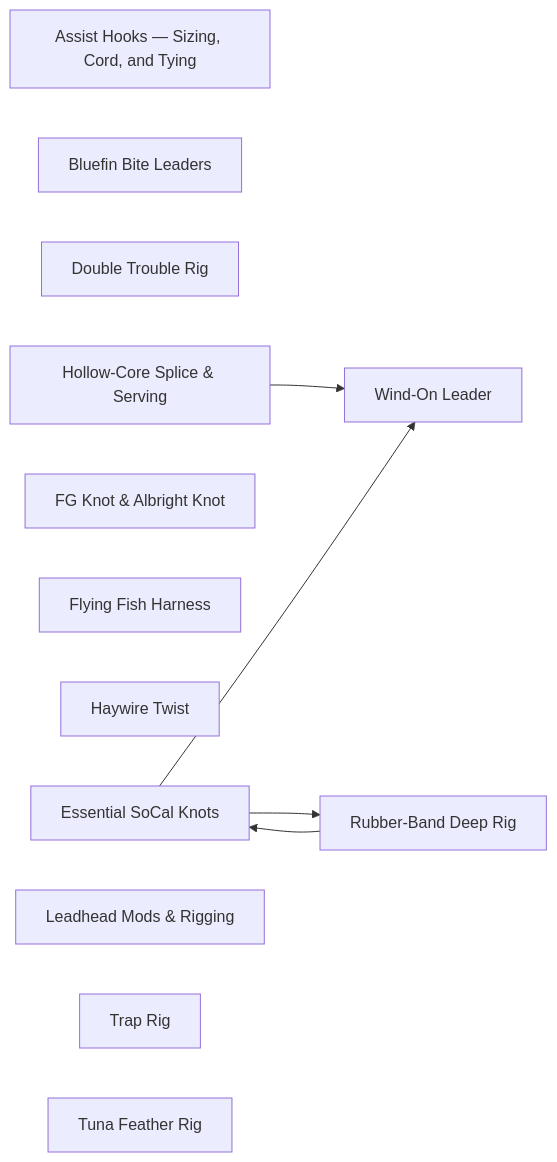
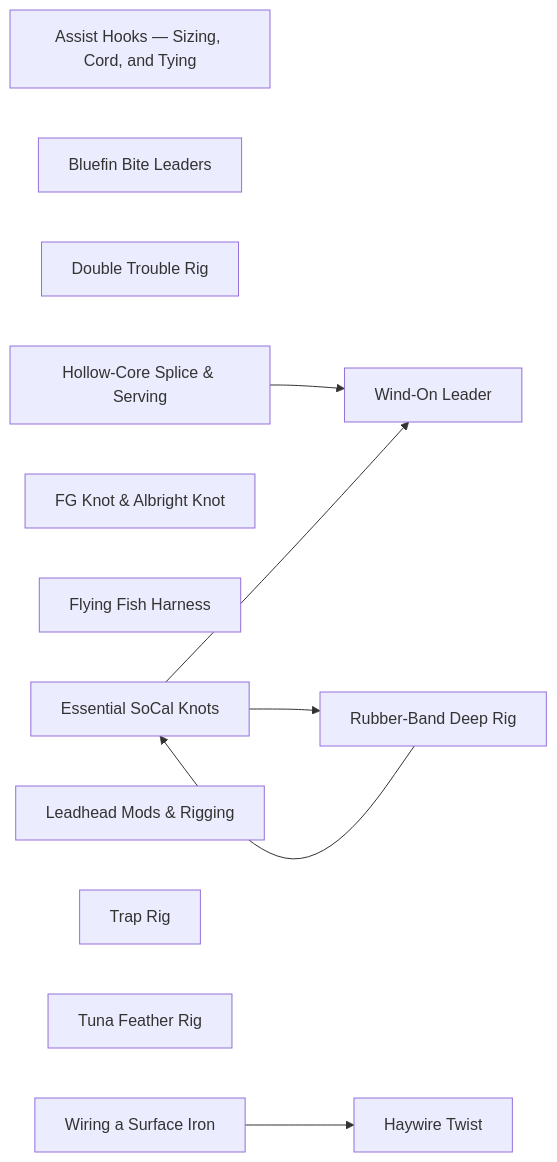
One commit to camchuckpete-max/Socal-Fishing-Knowledge changed the diagram in rigging/README.md. Above: the diagram before and after it, drawn with Mermaid. The commit also changed other lines of this file and 30 other files, not shown here.

First line of the commit message:
Phase 3 part 2: Strictly Irons read in full — 6 new notes, surface-iron split

````diff
--- a/rigging/README.md
+++ b/rigging/README.md
@@ -26,20 +27,22 @@
 ```mermaid
 graph LR
   n0["Assist Hooks — Sizing, Cord, and Tying"]
   n1["Bluefin Bite Leaders"]
   n2["Double Trouble Rig"]
   n3["Essential SoCal Knots"]
   n4["FG Knot & Albright Knot"]
   n5["Flying Fish Harness"]
   n6["Haywire Twist"]
   n7["Hollow-Core Splice & Serving"]
   n8["Leadhead Mods & Rigging"]
   n9["Rubber-Band Deep Rig"]
   n10["Trap Rig"]
   n11["Tuna Feather Rig"]
   n12["Wind-On Leader"]
+  n13["Wiring a Surface Iron"]
+  n13 --> n6
   n3 --> n12
   n3 --> n9
   n7 --> n12
   n9 --> n3
 ```
````
